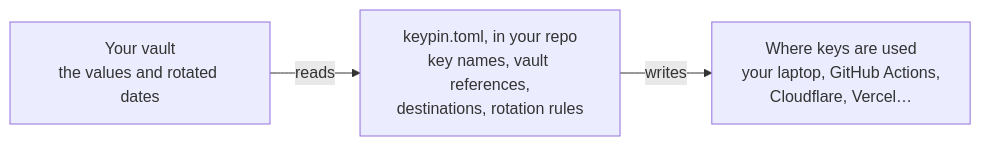
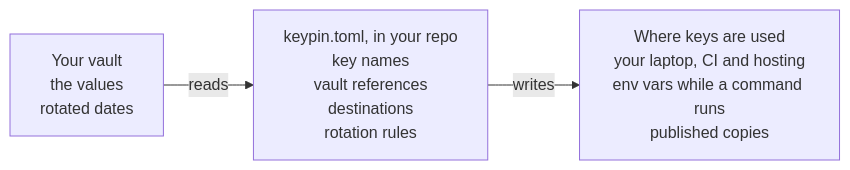
Before and after one commit to caiopizzol/keypin: the diagram in docs/introduction/how-it-works.md, drawn with Mermaid. The commit also changed 2 other files, not shown here.

Commit message:
docs: list each box's contents in the How it works diagram

````diff
--- a/docs/introduction/how-it-works.md
+++ b/docs/introduction/how-it-works.md
@@ -6,5 +6,5 @@
 ```mermaid
 flowchart LR
-  vault["Your vault<br>the values and rotated dates"] -- reads --> map["keypin.toml, in your repo<br>key names, vault references,<br>destinations, rotation rules"]
-  map -- writes --> used["Where keys are used<br>your laptop, GitHub Actions,<br>Cloudflare, Vercel…"]
+  vault["Your vault<br>the values<br>rotated dates"] -- reads --> map["keypin.toml, in your repo<br>key names<br>vault references<br>destinations<br>rotation rules"]
+  map -- writes --> used["Where keys are used<br>your laptop, CI and hosting<br>env vars while a command runs<br>published copies"]
 ```
````
